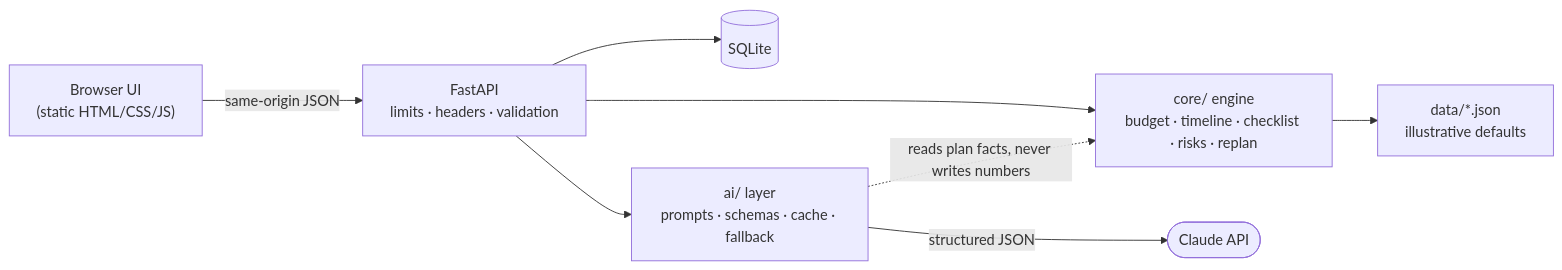
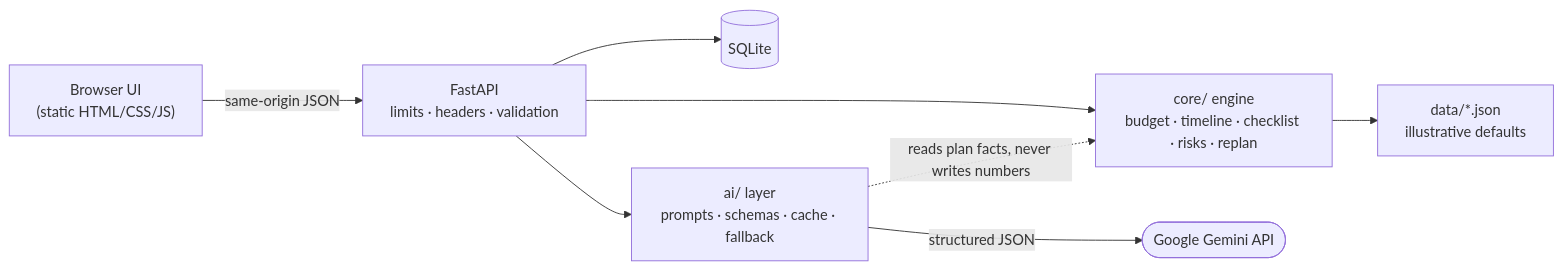
The diagram in README.md (AdityaTummuri/Occasio), drawn with Mermaid before and after one commit. The commit also changed other lines of this file and 14 other files, not shown here.

Commit message:
feat(ai): migrate to Google Gemini (gemini-3.1-flash-lite) and add Vercel deployment config

````diff
--- a/README.md
+++ b/README.md
@@ -55,10 +55,10 @@
 ```mermaid
 flowchart LR
     UI["Browser UI<br/>(static HTML/CSS/JS)"] -->|same-origin JSON| API["FastAPI<br/>limits · headers · validation"]
     API --> ENGINE["core/ engine<br/>budget · timeline · checklist · risks · replan"]
     API --> DB[("SQLite")]
     API --> AI["ai/ layer<br/>prompts · schemas · cache · fallback"]
-    AI -->|structured JSON| CLAUDE(["Claude API"])
+    AI -->|structured JSON| GEMINI(["Google Gemini API"])
     AI -.reads plan facts, never writes numbers.-> ENGINE
     ENGINE --> DATA["data/*.json<br/>illustrative defaults"]
 ```
````
